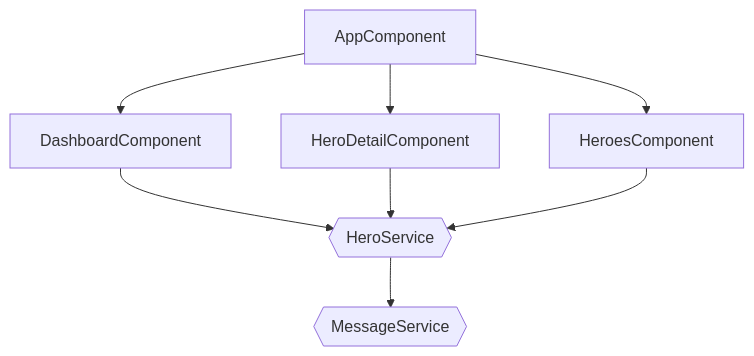
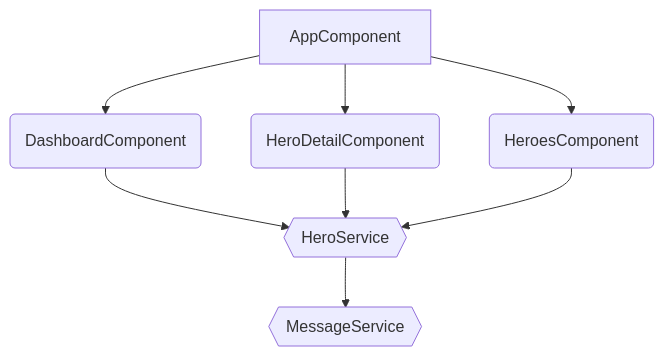
The diagram in README.md (timonkrebs/ng-component-hierarchy-visualizer), drawn with Mermaid before and after one commit. The commit also changed other lines of this file and 3 other files, not shown here.

````diff
--- a/README.md
+++ b/README.md
@@ -34,10 +34,10 @@
 ```mermaid
 flowchart
-AppComponent --> DashboardComponent[DashboardComponent]
-AppComponent --> HeroDetailComponent[HeroDetailComponent]
-AppComponent --> HeroesComponent[HeroesComponent]
+AppComponent --> DashboardComponent(DashboardComponent)
+AppComponent --> HeroDetailComponent(HeroDetailComponent)
+AppComponent --> HeroesComponent(HeroesComponent)
 DashboardComponent --> HeroService{{HeroService}}
 HeroService --> MessageService{{MessageService}}
 HeroDetailComponent --> HeroService{{HeroService}}
 HeroesComponent --> HeroService{{HeroService}}
 ```
````
